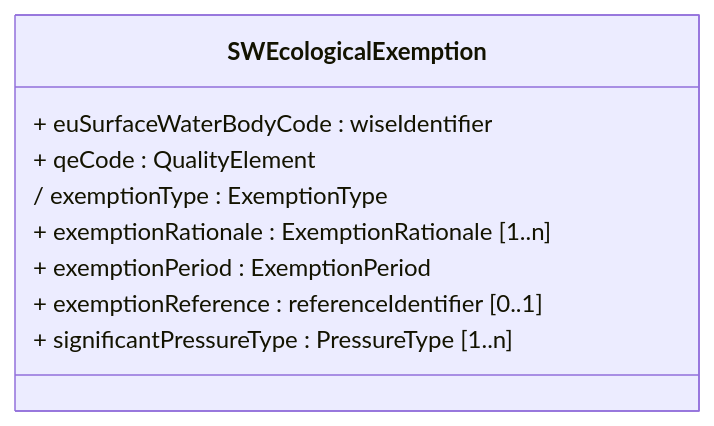
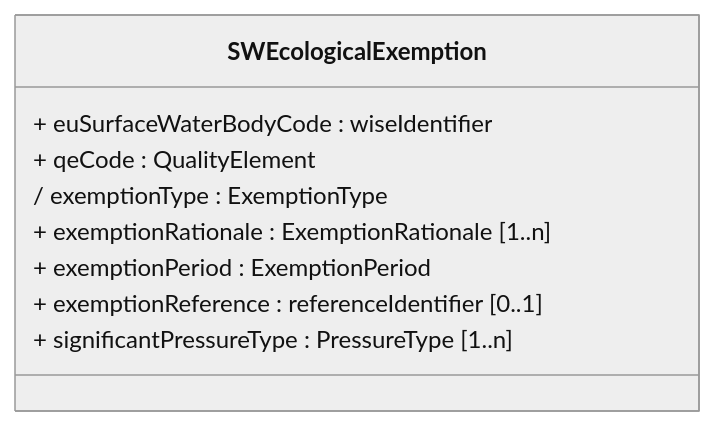
One commit to eeadata/WISE.WFD.Documentation changed the third of 9 diagrams in docs/DataModelReview/WFDExemptions.md. Above: the diagram before and after it, drawn with Mermaid. The commit also changed other lines of this file and 1 other file, not shown here.

````diff
--- a/docs/DataModelReview/WFDExemptions.md
+++ b/docs/DataModelReview/WFDExemptions.md
@@ -108,15 +110,16 @@
 ```{mermaid}
 :name: SWEcologicalExemptionClass
 :caption: Surface Water Body - Ecological Exemption - 4th cycle
 :align: center
+%%{init: {'theme': 'neutral'}}%%
 classDiagram
 class SWEcologicalExemption{
     + euSurfaceWaterBodyCode : wiseIdentifier
     + qeCode : QualityElement 
     / exemptionType : ExemptionType
     + exemptionRationale : ExemptionRationale [1..n]
     + exemptionPeriod : ExemptionPeriod
     + exemptionReference : referenceIdentifier [0..1]
     + significantPressureType : PressureType [1..n]
 }
 ```
````
